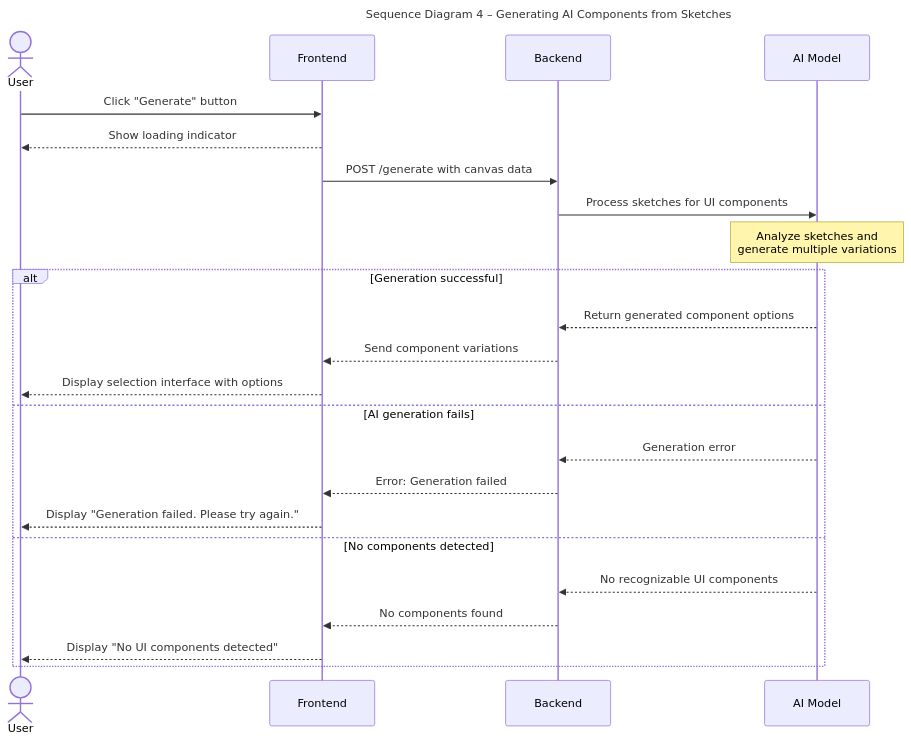
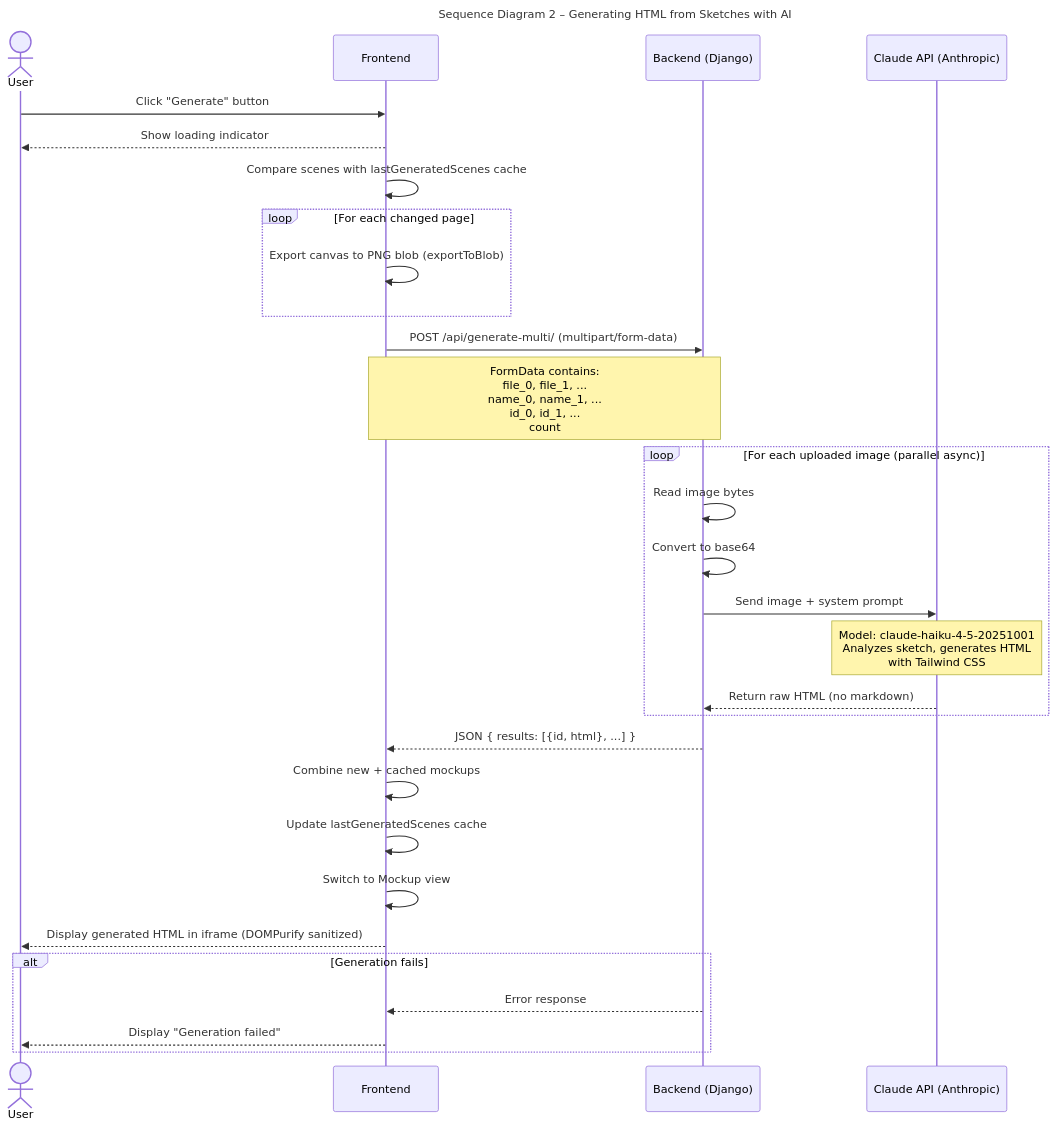
The second of 6 diagrams in documentation/docs/system-architecture/sequence-diagrams.md (Capstone-Projects-2025-Fall/project-001-sketch2screen), drawn with Mermaid before and after one commit. The commit also changed other lines of this file and 2 other files, not shown here.

Commit message:
Updated Sequence Diagrams section

````diff
--- a/documentation/docs/system-architecture/sequence-diagrams.md
+++ b/documentation/docs/system-architecture/sequence-diagrams.md
@@ -150,31 +51,42 @@
 ```mermaid
 ---
-title: Sequence Diagram 4 – Generating AI Components from Sketches
+title: Sequence Diagram 2 – Generating HTML from Sketches with AI
 ---
 
 sequenceDiagram
     actor User
     participant Frontend
-    participant Backend
-    participant AI_Model as AI Model
+    participant Backend as Backend (Django)
+    participant Claude as Claude API (Anthropic)
 
     User->>Frontend: Click "Generate" button
     Frontend-->>User: Show loading indicator
-    Frontend->>Backend: POST /generate with canvas data
-    Backend->>AI_Model: Process sketches for UI components
-    Note over AI_Model: Analyze sketches and<br/>generate multiple variations
+    Frontend->>Frontend: Compare scenes with lastGeneratedScenes cache
 
-    alt Generation successful
-        AI_Model-->>Backend: Return generated component options
-        Backend-->>Frontend: Send component variations
-        Frontend-->>User: Display selection interface with options
-    else AI generation fails
-        AI_Model-->>Backend: Generation error
-        Backend-->>Frontend: Error: Generation failed
-        Frontend-->>User: Display "Generation failed. Please try again."
-    else No components detected
-        AI_Model-->>Backend: No recognizable UI components
-        Backend-->>Frontend: No components found
-        Frontend-->>User: Display "No UI components detected"
+    loop For each changed page
+        Frontend->>Frontend: Export canvas to PNG blob (exportToBlob)
+    end
+
+    Frontend->>Backend: POST /api/generate-multi/ (multipart/form-data)
+    Note over Frontend,Backend: FormData contains:<br/>file_0, file_1, ...<br/>name_0, name_1, ...<br/>id_0, id_1, ...<br/>count
+
+    loop For each uploaded image (parallel async)
+        Backend->>Backend: Read image bytes
+        Backend->>Backend: Convert to base64
+        Backend->>Claude: Send image + system prompt
+        Note over Claude: Model: claude-haiku-4-5-20251001<br/>Analyzes sketch, generates HTML<br/>with Tailwind CSS
+        Claude-->>Backend: Return raw HTML (no markdown)
+    end
+
+    Backend-->>Frontend: JSON { results: [{id, html}, ...] }
+
+    Frontend->>Frontend: Combine new + cached mockups
+    Frontend->>Frontend: Update lastGeneratedScenes cache
+    Frontend->>Frontend: Switch to Mockup view
+    Frontend-->>User: Display generated HTML in iframe (DOMPurify sanitized)
+
+    alt Generation fails
+        Backend-->>Frontend: Error response
+        Frontend-->>User: Display "Generation failed"
     end
 ```
````
